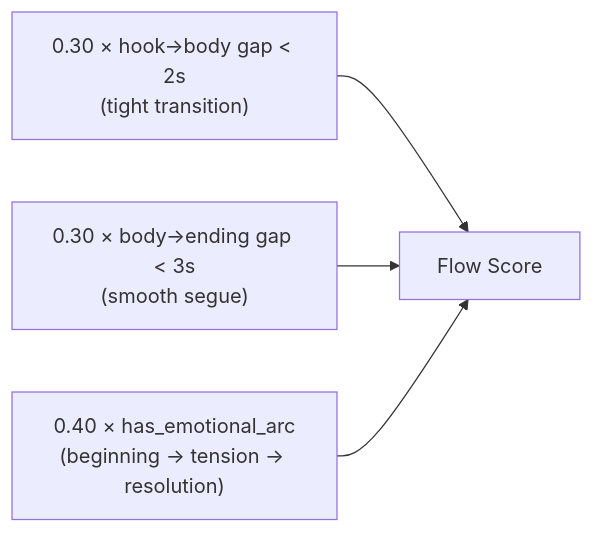
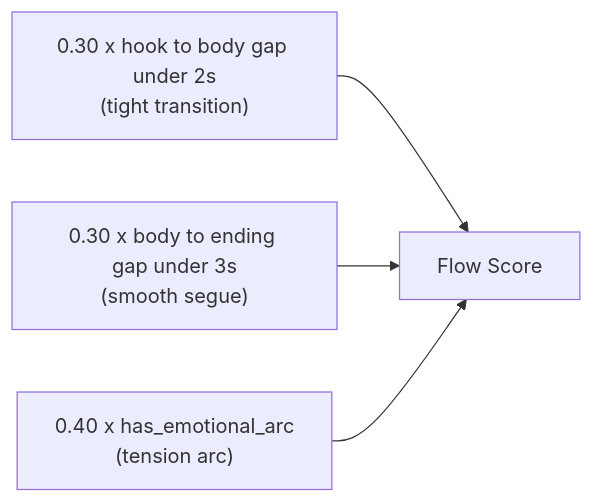
Diagram 23 of 24 in README.md (samm329-ui/Trimora), drawn with Mermaid before and after one commit. The commit also changed other lines of this file, not shown here.

Commit message:
docs: comprehensive README with Mermaid diagrams for the engine pipeline

````diff
--- a/README.md
+++ b/README.md
@@ -698,7 +731,9 @@
 ```mermaid
 flowchart LR
-    F1["0.30 × hook→body gap < 2s<br/>(tight transition)"]
-    F2["0.30 × body→ending gap < 3s<br/>(smooth segue)"]
-    F3["0.40 × has_emotional_arc<br/>(beginning → tension → resolution)"]
-    F1 & F2 & F3 --> F_TOTAL["Flow Score"]
+    F1["0.30 x hook to body gap under 2s<br/>(tight transition)"]
+    F2["0.30 x body to ending gap under 3s<br/>(smooth segue)"]
+    F3["0.40 x has_emotional_arc<br/>(tension arc)"]
+    F1 --> F_TOTAL["Flow Score"]
+    F2 --> F_TOTAL
+    F3 --> F_TOTAL
 ```
````
